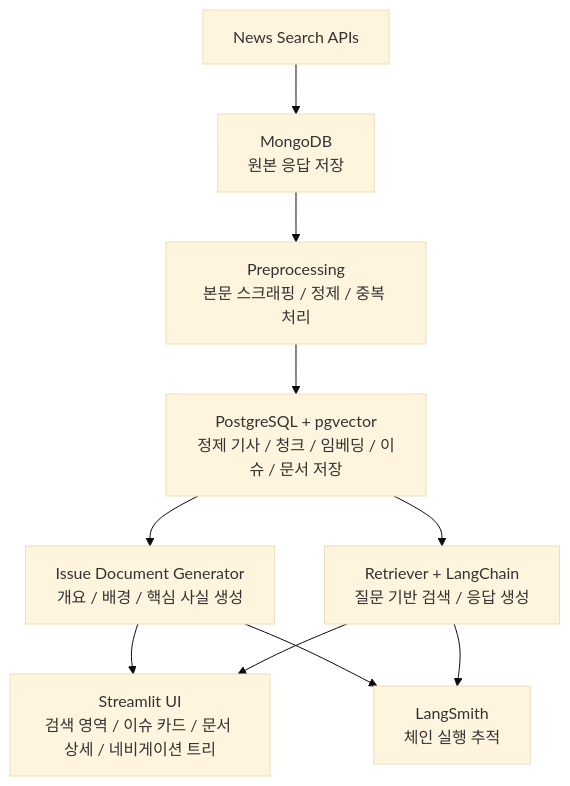
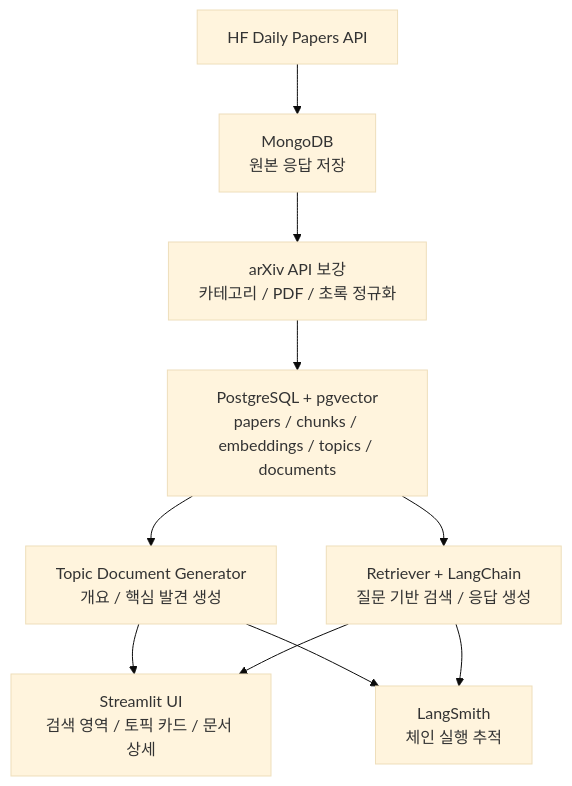
One commit to SKNETWORKS-FAMILY-AICAMP/SKN25-4th-2Team changed the first of 4 diagrams in docs/ARCHITECTURE.md. Above: the diagram before and after it, drawn with Mermaid (base theme). The commit also changed other lines of this file and 58 other files, not shown here.

````diff
--- a/docs/ARCHITECTURE.md
+++ b/docs/ARCHITECTURE.md
@@ -11,12 +11,12 @@
 ```mermaid
 flowchart TD
-    A[News Search APIs] --> B[MongoDB<br/>원본 응답 저장]
-    B --> C[Preprocessing<br/>본문 스크래핑 / 정제 / 중복 처리]
-    C --> D[PostgreSQL + pgvector<br/>정제 기사 / 청크 / 임베딩 / 이슈 / 문서 저장]
-    D --> E[Issue Document Generator<br/>개요 / 배경 / 핵심 사실 생성]
+    A[HF Daily Papers API] --> B[MongoDB<br/>원본 응답 저장]
+    B --> C[arXiv API 보강<br/>카테고리 / PDF / 초록 정규화]
+    C --> D[PostgreSQL + pgvector<br/>papers / chunks / embeddings / topics / documents]
+    D --> E[Topic Document Generator<br/>개요 / 핵심 발견 생성]
     D --> F[Retriever + LangChain<br/>질문 기반 검색 / 응답 생성]
-    E --> G[Streamlit UI<br/>검색 영역 / 이슈 카드 / 문서 상세 / 네비게이션 트리]
+    E --> G[Streamlit UI<br/>검색 영역 / 토픽 카드 / 문서 상세]
     F --> G
     E --> H[LangSmith<br/>체인 실행 추적]
     F --> H
 ```
````
